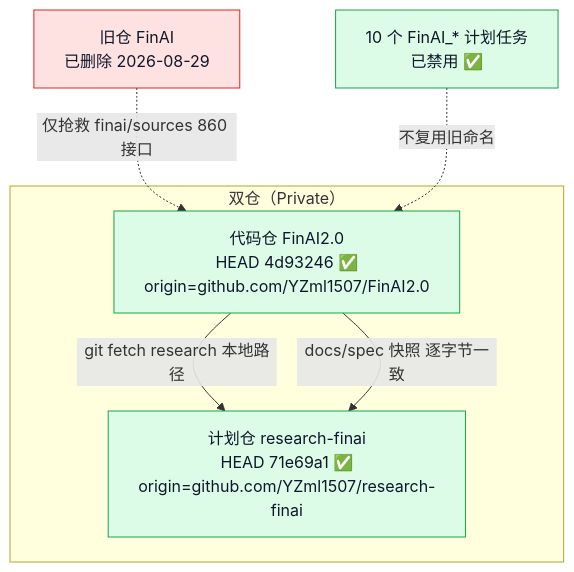
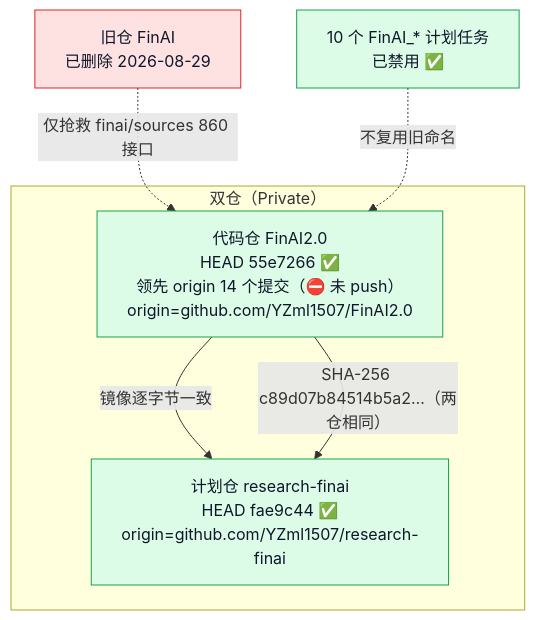
One commit to YZml1507/FinAI2.0 changed the first of 8 diagrams in docs/project_status_flowchart.md. Above: the diagram before and after it, drawn with Mermaid. The commit also changed other lines of this file and 3 other files, not shown here.

First line of the commit message:
docs(status): 更新项目状态流程图（.md + .html）+ 新窗口交接说明

````diff
--- a/docs/project_status_flowchart.md
+++ b/docs/project_status_flowchart.md
@@ -9,17 +12,17 @@
 ```mermaid
 flowchart TD
   subgraph REPO["双仓（Private）"]
-    F["代码仓 FinAI2.0<br/>HEAD 4d93246 ✅<br/>origin=github.com/YZml1507/FinAI2.0"] 
-    R["计划仓 research-finai<br/>HEAD 71e69a1 ✅<br/>origin=github.com/YZml1507/research-finai"]
-    F -->|git fetch research 本地路径| R
-    F -->|docs/spec 快照 逐字节一致| R
+    F["代码仓 FinAI2.0<br/>HEAD 55e7266 ✅<br/>领先 origin 14 个提交（⛔ 未 push）<br/>origin=github.com/YZml1507/FinAI2.0"]
+    R["计划仓 research-finai<br/>HEAD fae9c44 ✅<br/>origin=github.com/YZml1507/research-finai"]
+    F -->|镜像逐字节一致| R
+    F -->|SHA-256 c89d07b84514b5a2…（两仓相同）| R
   end
   DEL["旧仓 FinAI<br/>已删除 2026-08-29"]
   TASK["10 个 FinAI_* 计划任务<br/>已禁用 ✅"]
   DEL -.->|仅抢救 finai/sources 860 接口| F
   TASK -.->|不复用旧命名| F
   style F fill:#dcfce7,stroke:#16a34a,color:#0f172a
   style R fill:#dcfce7,stroke:#16a34a,color:#0f172a
   style DEL fill:#fee2e2,stroke:#dc2626,color:#0f172a
   style TASK fill:#dcfce7,stroke:#16a34a,color:#0f172a
 ```
````
